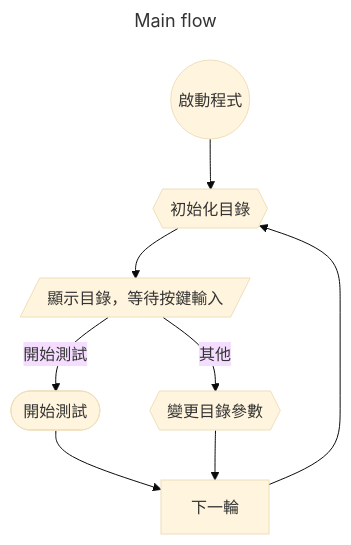
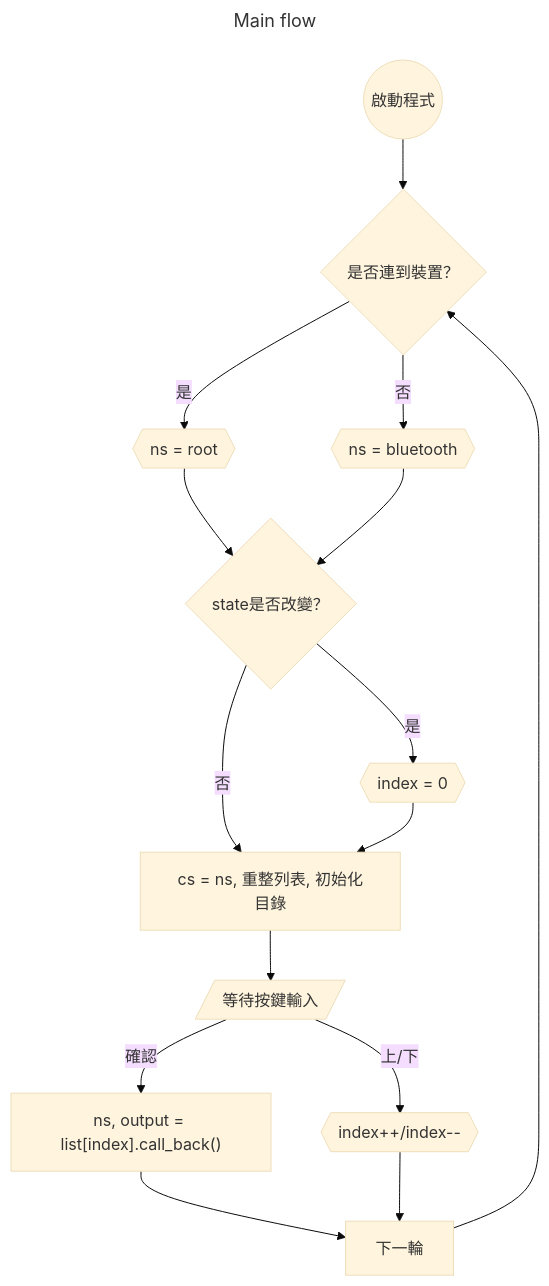
The first of 2 diagrams in README.md (sunnyshoun/2025-Medical-System-Project), drawn with Mermaid (base theme) before and after one commit.

````diff
--- a/README.md
+++ b/README.md
@@ -24,19 +24,31 @@
 ```mermaid
 ---
 title: Main flow
 ---
 flowchart TD
     set0((啟動程式))
-    set1{{初始化目錄}}
-    act0[/顯示目錄，等待按鍵輸入/]
-    act1([開始測試])
-    act2{{變更目錄參數}}
+    set1{是否連到裝置？}
+    set2{{ns = bluetooth}}
+    set3{{ns = root}}
+    set4{state是否改變？}
+    set5{{index = 0}}
+    set6[cs = ns, 重整列表, 初始化目錄]
+    act0[/等待按鍵輸入/]
+    act1["ns, output = list[index].call_back()"]
+    act4{{index++/index--}}
     end0[下一輪]
     set0 --> set1
-    set1 --> act0
-    act0 -- 開始測試 --> act1
-    act0 -- 其他 --> act2
+    set1 -- 是 --> set3
+    set1 -- 否 --> set2
+    set3 --> set4
+    set2 --> set4
+    set4 -- 是 --> set5
+    set4 -- 否 --> set6
+    set5 --> set6
+    set6 --> act0
+    act0 -- 確認 --> act1
+    act0 -- 上/下 --> act4
     act1 --> end0
-    act2 --> end0
+    act4 --> end0
     end0 --> set1
 ```
````
